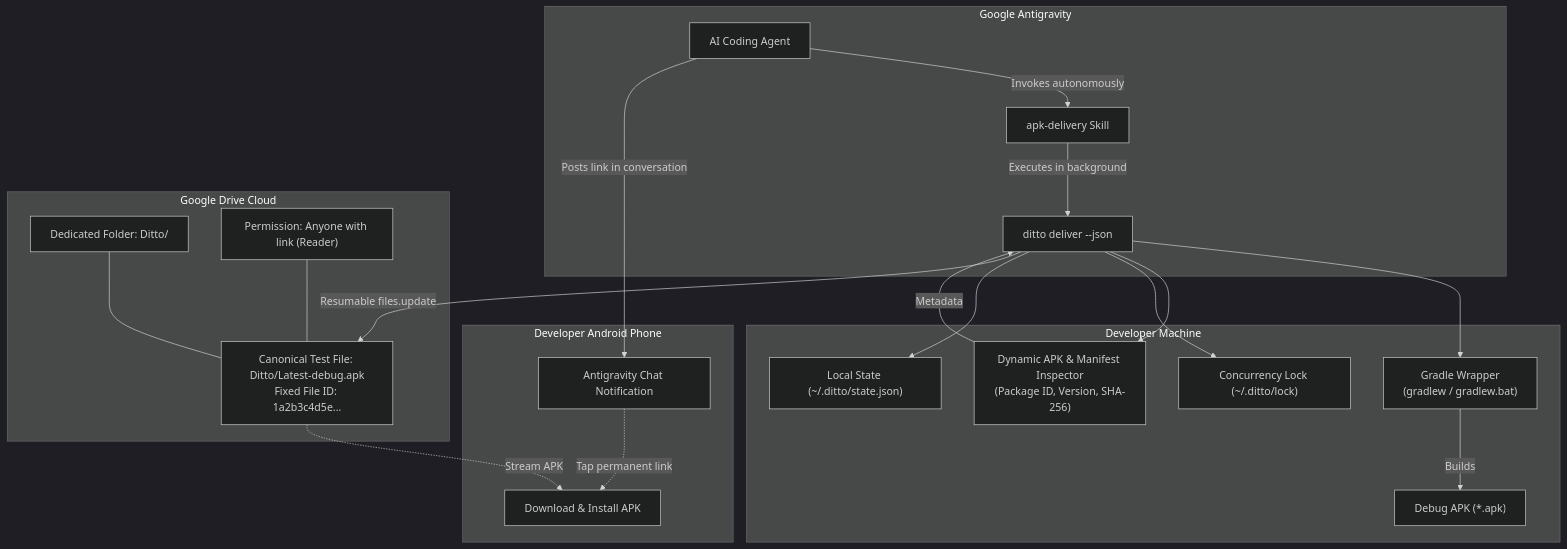
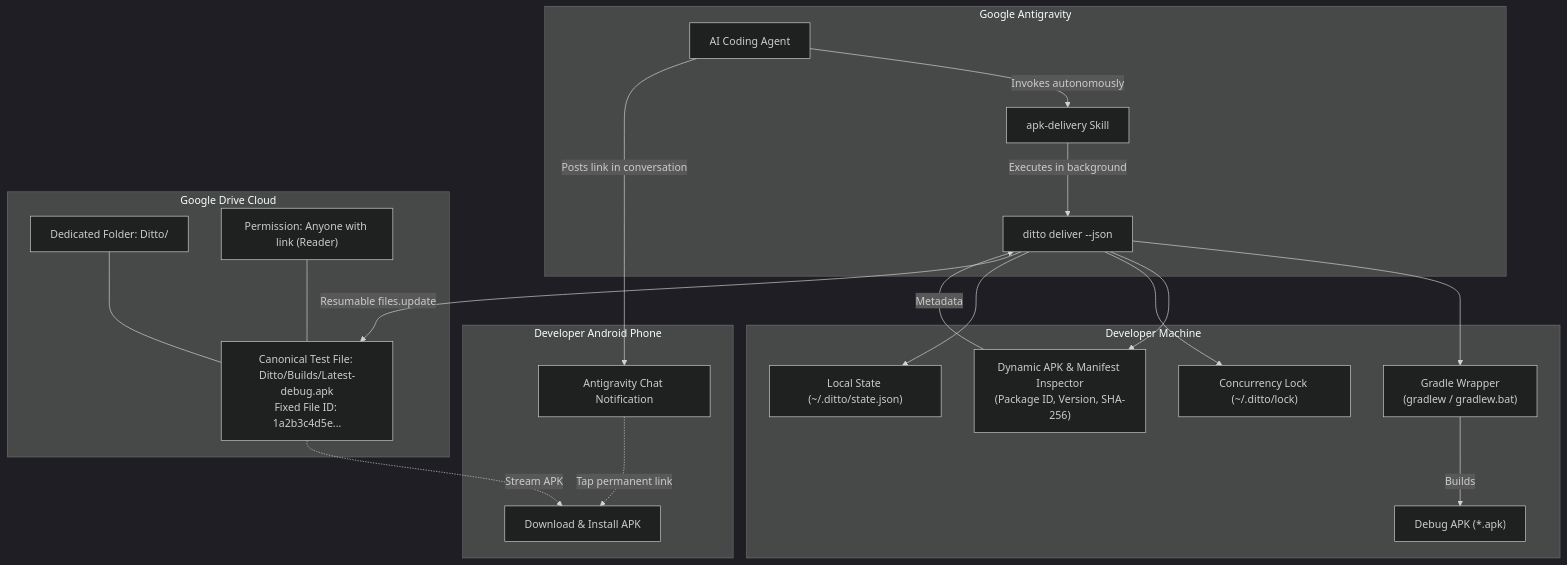
Before and after one commit to oviii-001/Ditto: the first of 2 diagrams in README.md, drawn with Mermaid (dark theme). The commit also changed other lines of this file and 11 other files, not shown here.

Commit message:
feat(drive): adopt symmetrical subfolders architecture (Ditto/Builds/ and Ditto/Screenshots/)

````diff
--- a/README.md
+++ b/README.md
@@ -56,32 +56,32 @@
 ```mermaid
 flowchart TD
     subgraph Antigravity["Google Antigravity"]
         Agent["AI Coding Agent"]
         Skill["apk-delivery Skill"]
         Agent -->|Invokes autonomously| Skill
         Skill -->|Executes in background| CLI["ditto deliver --json"]
     end
 
     subgraph Host["Developer Machine"]
         CLI --> Gradle["Gradle Wrapper\n(gradlew / gradlew.bat)"]
         Gradle -->|Builds| APK["Debug APK (*.apk)"]
         CLI --> Parser["Dynamic APK & Manifest Inspector\n(Package ID, Version, SHA-256)"]
         Parser -->|Metadata| CLI
         CLI --> Lock["Concurrency Lock (~/.ditto/lock)"]
         CLI --> State["Local State (~/.ditto/state.json)"]
     end
 
     subgraph GoogleDrive["Google Drive Cloud"]
         DriveFolder["Dedicated Folder: Ditto/"]
-        DriveFile["Canonical Test File: Ditto/Latest-debug.apk\nFixed File ID: 1a2b3c4d5e..."]
+        DriveFile["Canonical Test File: Ditto/Builds/Latest-debug.apk\nFixed File ID: 1a2b3c4d5e..."]
         DriveFolder --- DriveFile
         CLI -->|Resumable files.update| DriveFile
         Perm["Permission: Anyone with link (Reader)"] --- DriveFile
     end
 
     subgraph Phone["Developer Android Phone"]
         Agent -->|Posts link in conversation| Chat["Antigravity Chat Notification"]
         Chat -.->|Tap permanent link| Download["Download & Install APK"]
         DriveFile -.->|Stream APK| Download
     end
 ```
````
